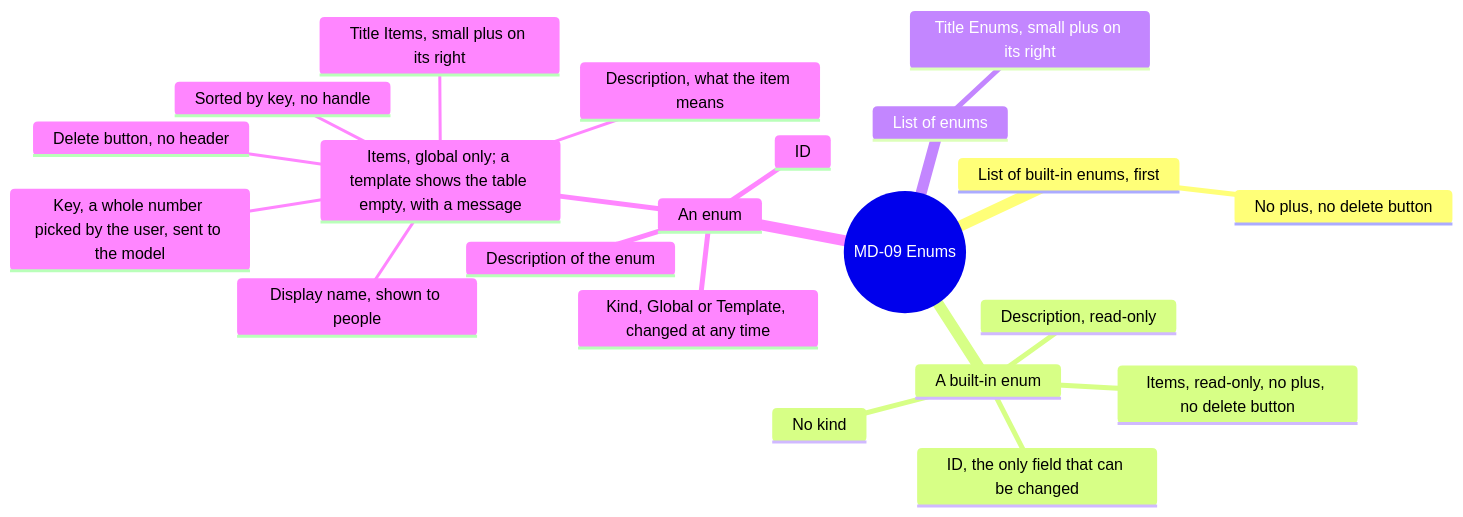
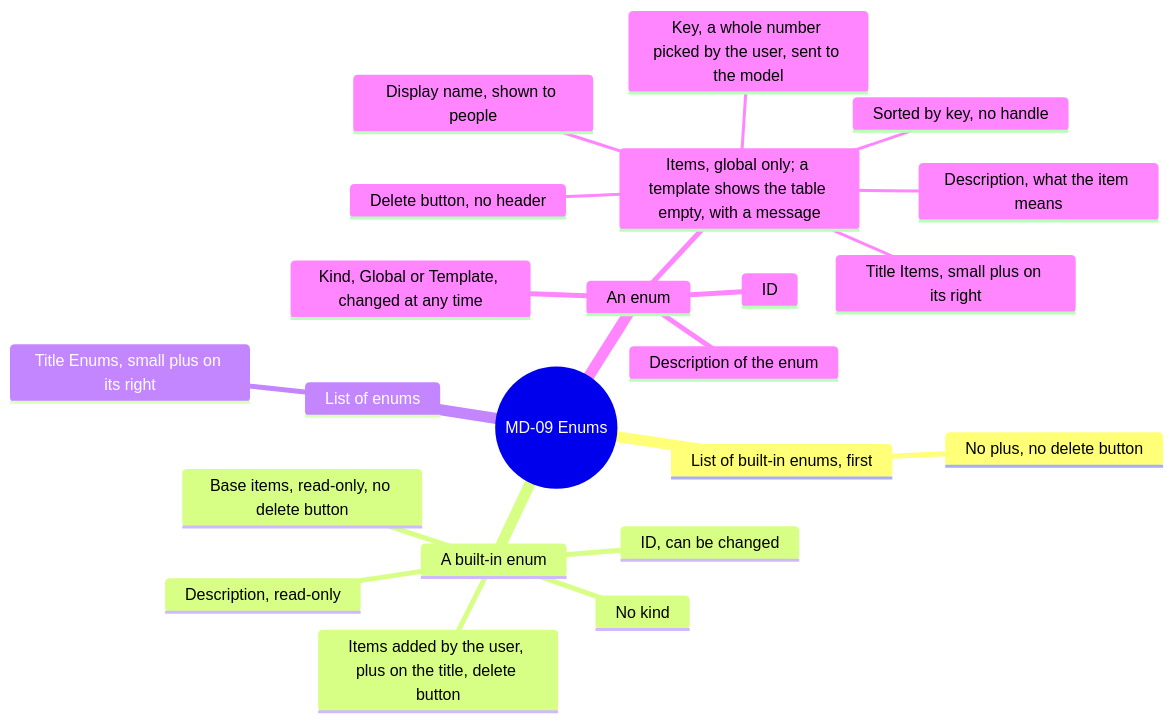
Diagram 15 of 16 in screens/metadata.md (AlexandreGallais/synoptic-studio-spec), drawn with Mermaid before and after one commit. The commit also changed other lines of this file and 9 other files, not shown here.

````diff
--- a/screens/metadata.md
+++ b/screens/metadata.md
@@ -517,24 +517,25 @@
 ```mermaid
 mindmap
   root((MD-09 Enums))
     List of built-in enums, first
       No plus, no delete button
     A built-in enum
-      ID, the only field that can be changed
+      ID, can be changed
       No kind
       Description, read-only
-      Items, read-only, no plus, no delete button
+      Base items, read-only, no delete button
+      Items added by the user, plus on the title, delete button
     List of enums
       Title Enums, small plus on its right
     An enum
       ID
       Kind, Global or Template, changed at any time
       Description of the enum
       Items, global only; a template shows the table empty, with a message
         Title Items, small plus on its right
         Key, a whole number picked by the user, sent to the model
         Display name, shown to people
         Description, what the item means
         Delete button, no header
         Sorted by key, no handle
 ```
````
